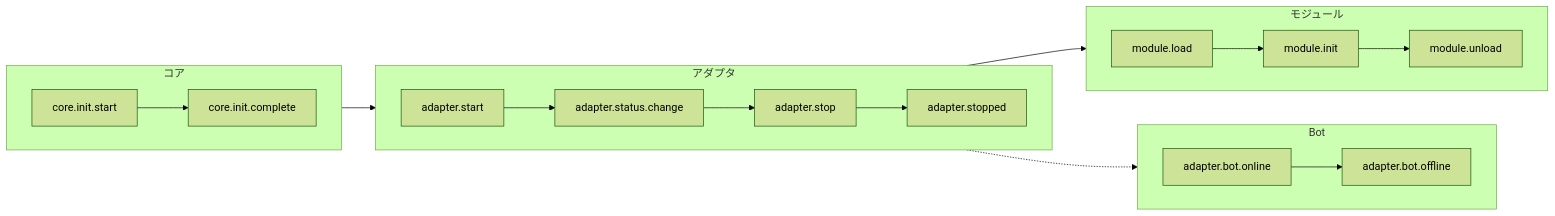
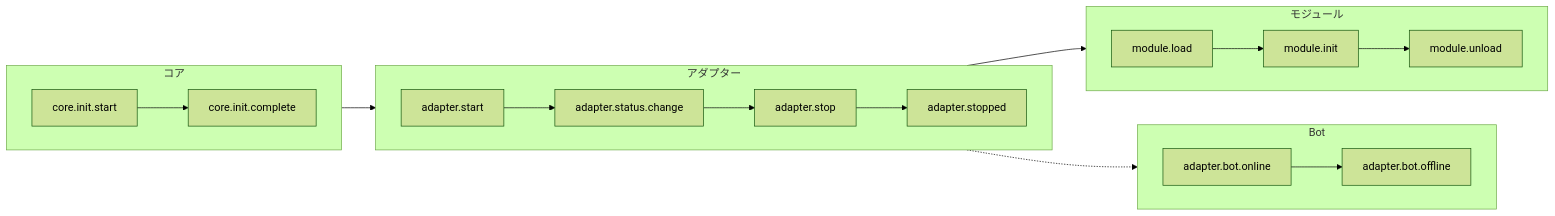
The fourth of 8 diagrams in docs/ja/architecture.md (ErisPulse/ErisPulse), drawn with Mermaid (forest theme) before and after one commit. The commit also changed other lines of this file and 127 other files, not shown here.

````diff
--- a/docs/ja/architecture.md
+++ b/docs/ja/architecture.md
@@ -129,26 +119,26 @@
 ```mermaid
 flowchart LR
     subgraph Core["コア"]
         direction LR
         C1["core.init.start"] --> C2["core.init.complete"]
     end
 
-    subgraph AdapterLife["アダプタ"]
+    subgraph AdapterLife["アダプター"]
         direction LR
         A1["adapter.start"] --> A2["adapter.status.change"] --> A3["adapter.stop"] --> A4["adapter.stopped"]
     end
 
     subgraph ModuleLife["モジュール"]
         direction LR
         M1["module.load"] --> M2["module.init"] --> M3["module.unload"]
     end
 
     subgraph BotLife["Bot"]
         direction LR
         B1["adapter.bot.online"] --> B2["adapter.bot.offline"]
     end
 
     Core --> AdapterLife
     AdapterLife --> ModuleLife
     AdapterLife -.-> BotLife
 ```
````
